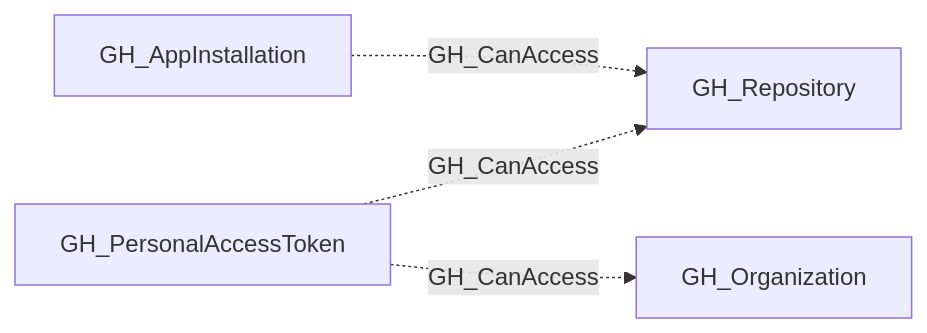
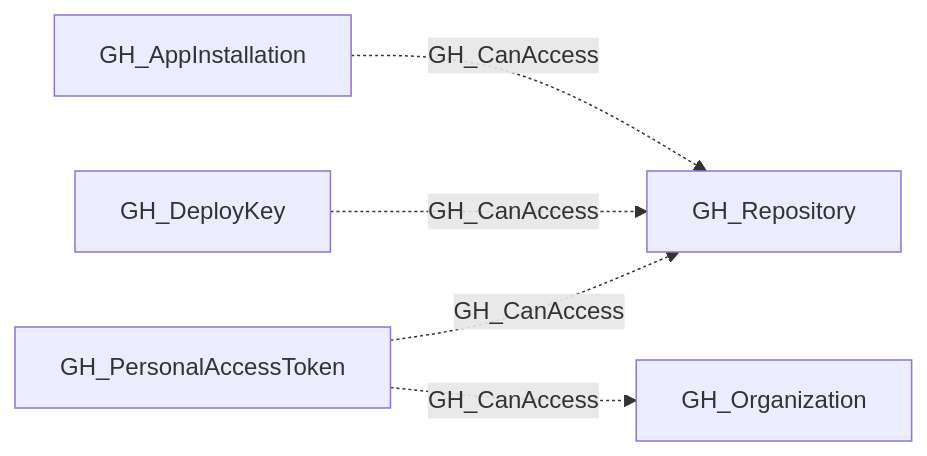
One commit to SpecterOps/bloodhound-docs changed the second of 2 diagrams in docs/opengraph/extensions/github/edges/gh_canaccess.mdx. Above: the diagram before and after it, drawn with Mermaid. The commit also changed other lines of this file and 33 other files, not shown here.

````diff
--- a/docs/opengraph/extensions/github/edges/gh_canaccess.mdx
+++ b/docs/opengraph/extensions/github/edges/gh_canaccess.mdx
@@ -43,10 +47,12 @@
 ```mermaid
 graph LR
     n0["GH_AppInstallation"]
     n1["GH_Repository"]
-    n2["GH_PersonalAccessToken"]
-    n3["GH_Organization"]
+    n2["GH_DeployKey"]
+    n3["GH_PersonalAccessToken"]
+    n4["GH_Organization"]
     n0 -.->|GH_CanAccess| n1
-    n2 -.->|GH_CanAccess| n3
     n2 -.->|GH_CanAccess| n1
+    n3 -.->|GH_CanAccess| n4
+    n3 -.->|GH_CanAccess| n1
 ```
````
